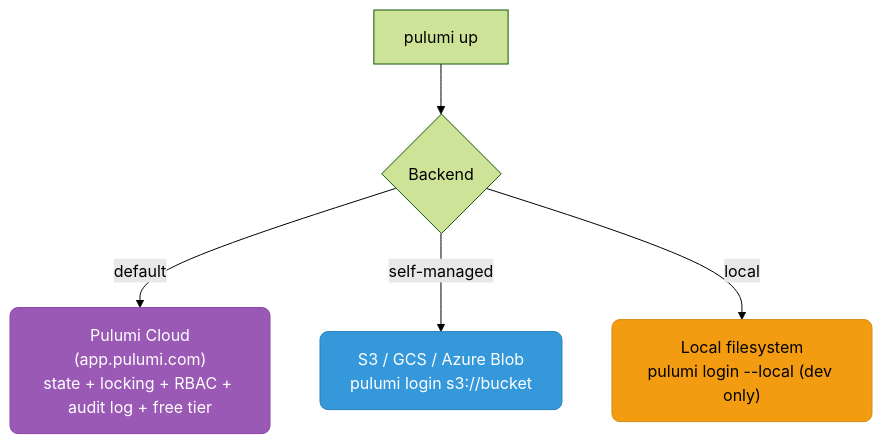
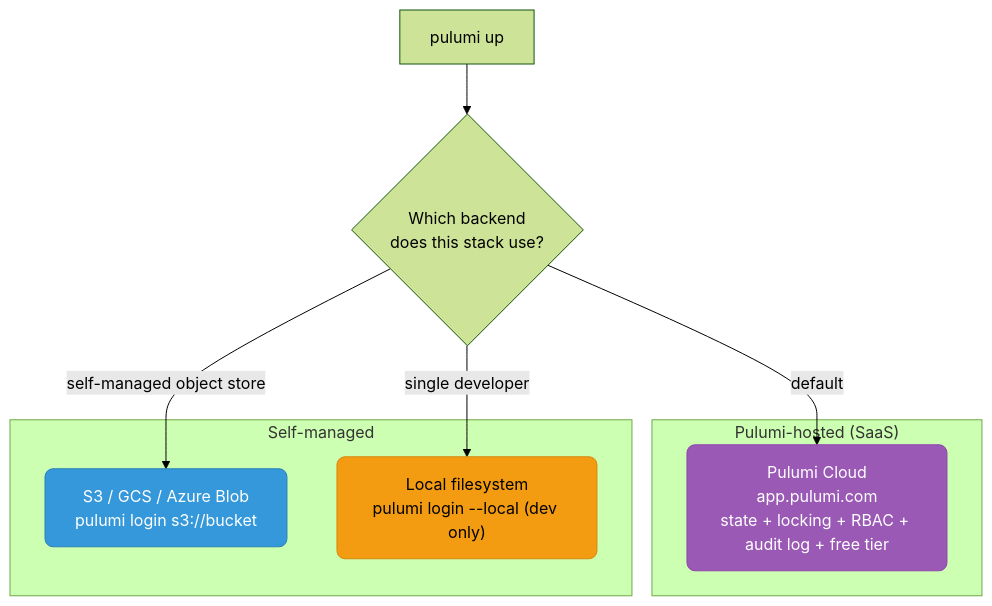
The second of 5 diagrams in iac/pulumi/README.md (deepanshu-rawat6/DevOpsIndex), drawn with Mermaid (forest theme) before and after one commit. The commit also changed other lines of this file and 17 other files, not shown here.

````diff
--- a/iac/pulumi/README.md
+++ b/iac/pulumi/README.md
@@ -45,11 +91,21 @@
 ```mermaid
 flowchart TD
     classDef blue fill:#3498db,stroke:#2980b9,color:#fff,rx:8
     classDef purple fill:#9b59b6,stroke:#8e44ad,color:#fff,rx:8
     classDef yellow fill:#f39c12,stroke:#d68910,color:#000,rx:8
 
-    P[pulumi up] --> B{Backend}
-    B -->|default| CLOUD["Pulumi Cloud<br>(app.pulumi.com)<br>state + locking + RBAC + audit log + free tier"]:::purple
-    B -->|self-managed| S3["S3 / GCS / Azure Blob<br>pulumi login s3://bucket"]:::blue
-    B -->|local| LOCAL["Local filesystem<br>pulumi login --local (dev only)"]:::yellow
+    P[pulumi up] --> B{Which backend<br/>does this stack use?}
+
+    subgraph HOSTED["Pulumi-hosted (SaaS)"]
+        CLOUD["Pulumi Cloud<br/>app.pulumi.com<br/>state + locking + RBAC + audit log + free tier"]:::purple
+    end
+
+    subgraph SELF["Self-managed"]
+        S3["S3 / GCS / Azure Blob<br/>pulumi login s3://bucket"]:::blue
+        LOCAL["Local filesystem<br/>pulumi login --local (dev only)"]:::yellow
+    end
+
+    B -->|default| CLOUD
+    B -->|self-managed object store| S3
+    B -->|single developer| LOCAL
 ```
````
